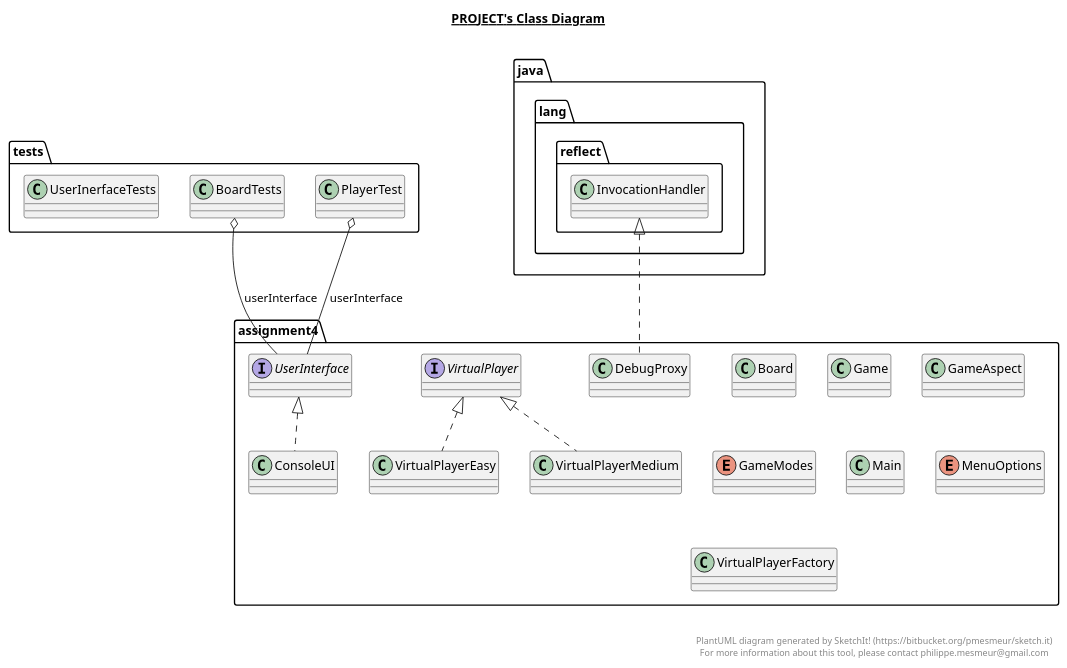
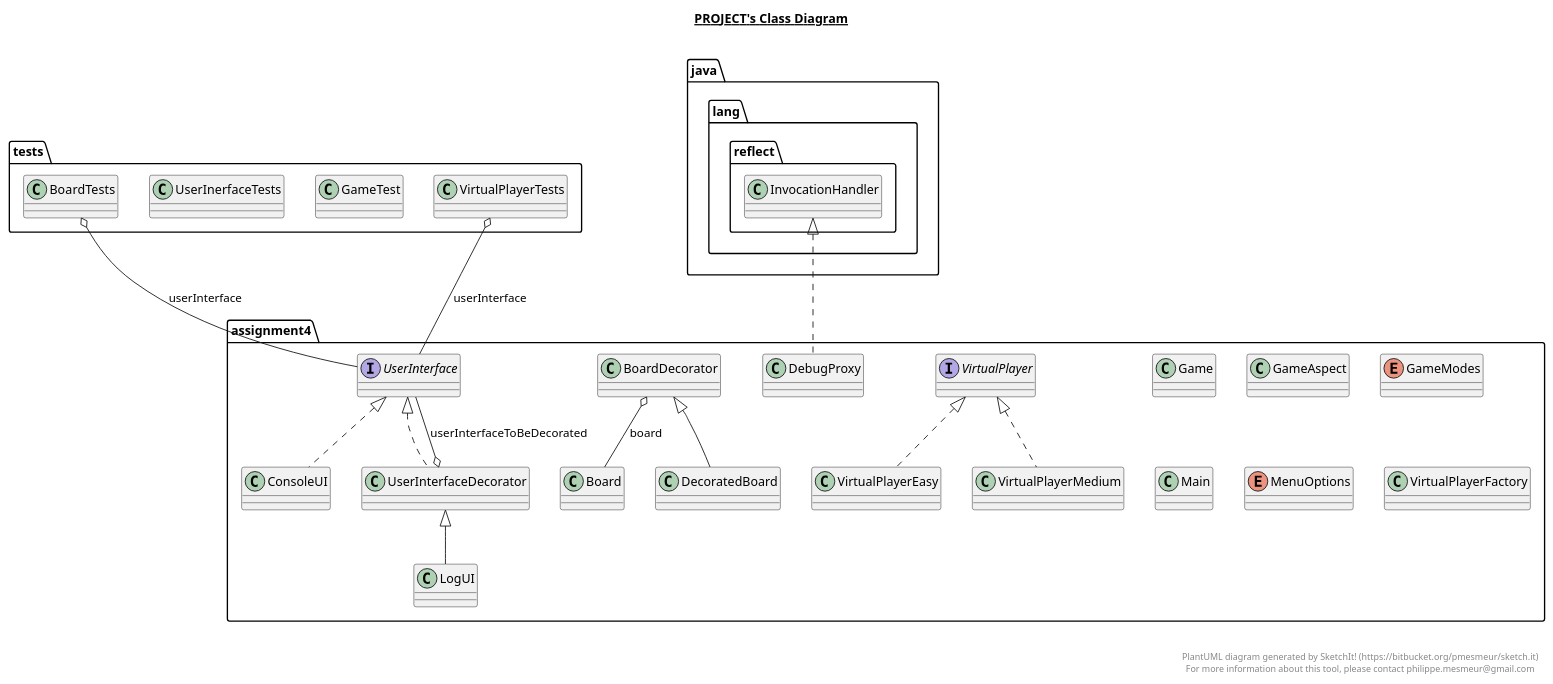
Before and after one commit to arpeled/FourInLine: the diagram in Project.plantuml, drawn with PlantUML. The commit also changed 26 other files, not shown here.

```diff
--- a/Project.plantuml
+++ b/Project.plantuml
@@ -1,116 +1,151 @@
 @startuml
 
 title __PROJECT's Class Diagram__\n
 
   namespace assignment4 {
     class assignment4.Board {
     }
   }
   
 
   namespace assignment4 {
-    class assignment4.VirtualPlayerEasy {
-    }
-  }
-  
-
-  namespace assignment4 {
-    class assignment4.VirtualPlayerMedium {
+    class assignment4.BoardDecorator {
     }
   }
   
 
   namespace assignment4 {
     class assignment4.ConsoleUI {
     }
   }
   
 
   namespace assignment4 {
     class assignment4.DebugProxy {
+    }
+  }
+  
+
+  namespace assignment4 {
+    class assignment4.DecoratedBoard {
     }
   }
   
 
   namespace assignment4 {
     class assignment4.Game {
     }
   }
   
 
   namespace assignment4 {
     class assignment4.GameAspect {
     }
   }
   
 
   namespace assignment4 {
     enum GameModes {
     }
   }
   
 
   namespace assignment4 {
+    class assignment4.LogUI {
+    }
+  }
+  
+
+  namespace assignment4 {
     class assignment4.Main {
     }
   }
   
 
   namespace assignment4 {
     enum MenuOptions {
     }
   }
   
 
   namespace assignment4 {
+    interface assignment4.UserInterface {
+    }
+  }
+  
+
+  namespace assignment4 {
+    class assignment4.UserInterfaceDecorator {
+    }
+  }
+  
+
+  namespace assignment4 {
     interface assignment4.VirtualPlayer {
     }
   }
   
 
   namespace assignment4 {
-    interface assignment4.UserInterface {
+    class assignment4.VirtualPlayerEasy {
     }
   }
   
 
   namespace assignment4 {
     class assignment4.VirtualPlayerFactory {
+    }
+  }
+  
+
+  namespace assignment4 {
+    class assignment4.VirtualPlayerMedium {
     }
   }
   
 
   namespace tests {
     class tests.BoardTests {
     }
   }
   
 
   namespace tests {
-    class tests.PlayerTest {
+    class tests.GameTest {
     }
   }
   
 
   namespace tests {
     class tests.UserInerfaceTests {
     }
   }
   
 
+  namespace tests {
+    class tests.VirtualPlayerTests {
+    }
+  }
+  
+
+  assignment4.BoardDecorator o-- assignment4.Board : board
+  assignment4.ConsoleUI .up.|> assignment4.UserInterface
+  assignment4.DebugProxy .up.|> java.lang.reflect.InvocationHandler
+  assignment4.DecoratedBoard -up-|> assignment4.BoardDecorator
+  assignment4.LogUI -up-|> assignment4.UserInterfaceDecorator
+  assignment4.UserInterfaceDecorator .up.|> assignment4.UserInterface
+  assignment4.UserInterfaceDecorator o-- assignment4.UserInterface : userInterfaceToBeDecorated
   assignment4.VirtualPlayerEasy .up.|> assignment4.VirtualPlayer
   assignment4.VirtualPlayerMedium .up.|> assignment4.VirtualPlayer
-  assignment4.ConsoleUI .up.|> assignment4.UserInterface
-  assignment4.DebugProxy .up.|> java.lang.reflect.InvocationHandler
   tests.BoardTests o-- assignment4.UserInterface : userInterface
-  tests.PlayerTest o-- assignment4.UserInterface : userInterface
+  tests.VirtualPlayerTests o-- assignment4.UserInterface : userInterface
 
 
 right footer
 
 
 PlantUML diagram generated by SketchIt! (https://bitbucket.org/pmesmeur/sketch.it)
 For more information about this tool, please contact philippe.mesmeur@gmail.com
 endfooter
 
 @enduml
```
